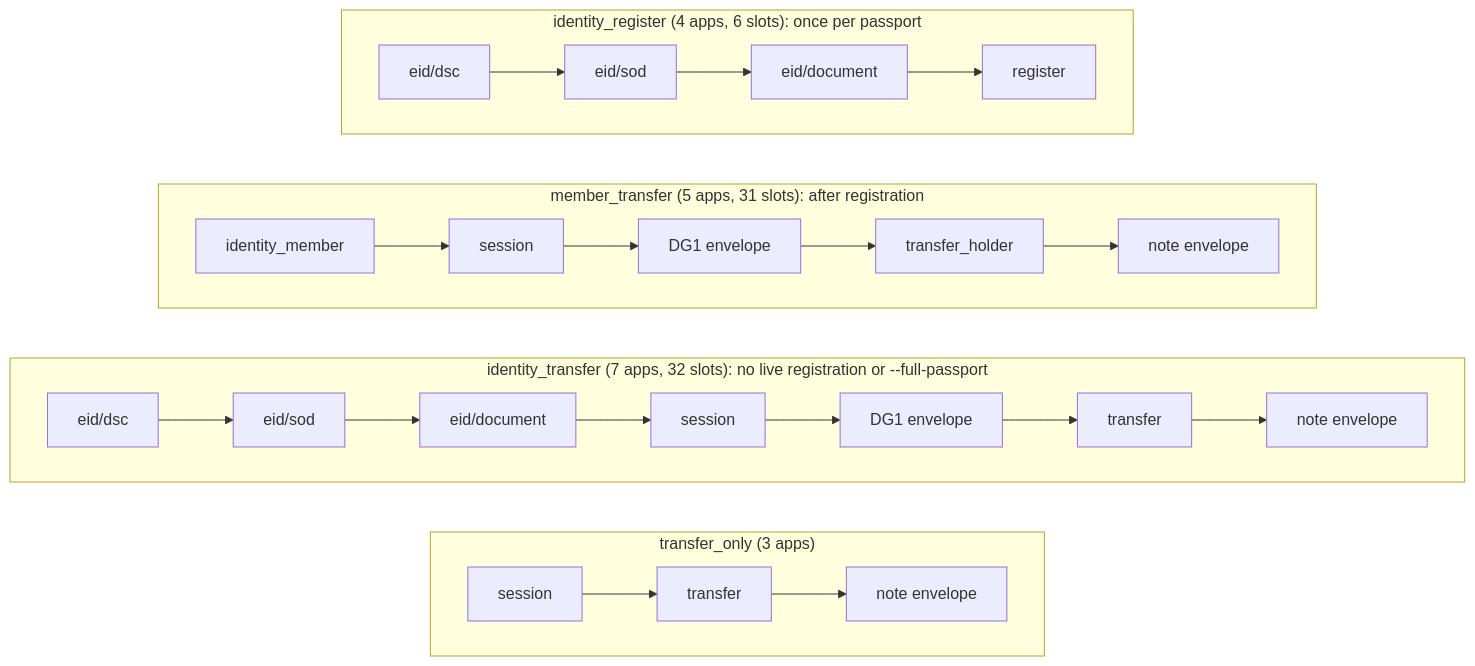
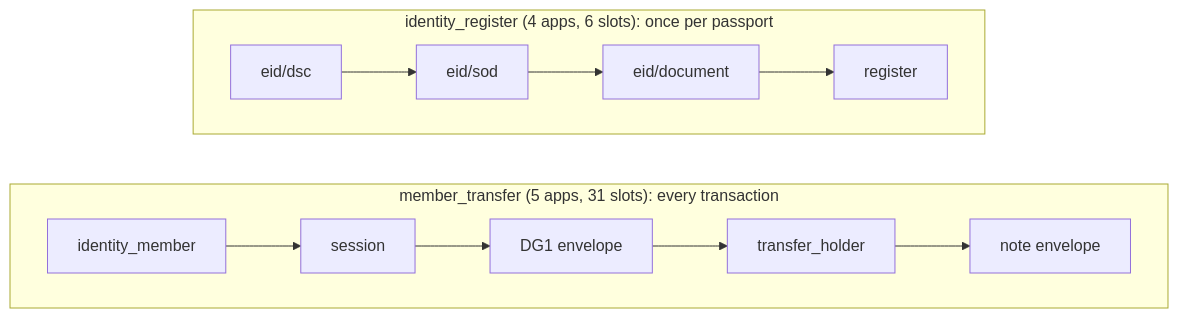
Before and after one commit to zk-experiments/emit-devnet: the second of 2 diagrams in README.md, drawn with Mermaid. The commit also changed other lines of this file, not shown here.

First line of the commit message:
docs: registration only, the minimum note, known roots, the wallet's paths, ci

````diff
--- a/README.md
+++ b/README.md
@@ -68,19 +68,11 @@
 ```mermaid
 flowchart LR
-    subgraph only["transfer_only (3 apps)"]
-        direction LR
-        t1["session"] --> t2["transfer"] --> t3["note envelope"]
-    end
-    subgraph full["identity_transfer (7 apps, 32 slots): no live registration or --full-passport"]
-        direction LR
-        f1["eid/dsc"] --> f2["eid/sod"] --> f3["eid/document"] --> f4["session"] --> f5["DG1 envelope"] --> f6["transfer"] --> f7["note envelope"]
-    end
-    subgraph mem["member_transfer (5 apps, 31 slots): after registration"]
+    subgraph mem["member_transfer (5 apps, 31 slots): every transaction"]
         direction LR
         m1["identity_member"] --> m2["session"] --> m3["DG1 envelope"] --> m4["transfer_holder"] --> m5["note envelope"]
     end
     subgraph reg["identity_register (4 apps, 6 slots): once per passport"]
         direction LR
         r1["eid/dsc"] --> r2["eid/sod"] --> r3["eid/document"] --> r4["register"]
     end
 ```
````
